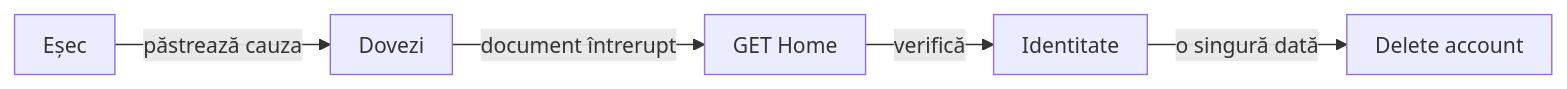
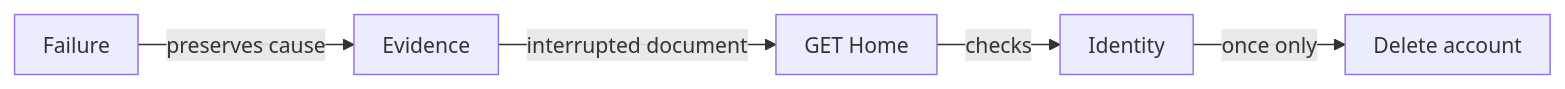
Before and after one commit to crististefanita/atf_j0: the sixth of 14 diagrams in atf-test-auto-ex/README.md, drawn with Mermaid. The commit also changed other lines of this file and 113 other files, not shown here.

````diff
--- a/atf-test-auto-ex/README.md
+++ b/atf-test-auto-ex/README.md
@@ -791,8 +828,8 @@
 ```mermaid
 %%{init: {"themeVariables":{"fontSize":"15px"},"themeCSS":".nodeLabel, .nodeLabel p { font-size: 15px !important; line-height: 1.35 !important; } .edgeLabel, .edgeLabel p { font-size: 12px !important; font-weight: 400 !important; line-height: 1.2 !important; } .edgeLabel .labelBkg, .edgeLabel p { background: transparent !important; } .edgeLabel foreignObject { transform: translateY(-18px); overflow: visible; } .node rect { rx: 6px; ry: 6px; }","flowchart":{"curve":"linear","nodeSpacing":24,"rankSpacing":40,"padding":10,"diagramPadding":16}}}%%
 flowchart LR
-    Failure["Eșec"] -->|păstrează cauza| Evidence["Dovezi"]
-    Evidence -->|document întrerupt| Home[GET Home]
-    Home -->|verifică| Identity["Identitate"]
-    Identity -->|o singură dată| Delete[Delete account]
+    Failure["Failure"] -->|preserves cause| Evidence["Evidence"]
+    Evidence -->|interrupted document| Home[GET Home]
+    Home -->|checks| Identity["Identity"]
+    Identity -->|once only| Delete[Delete account]
 ```
````
